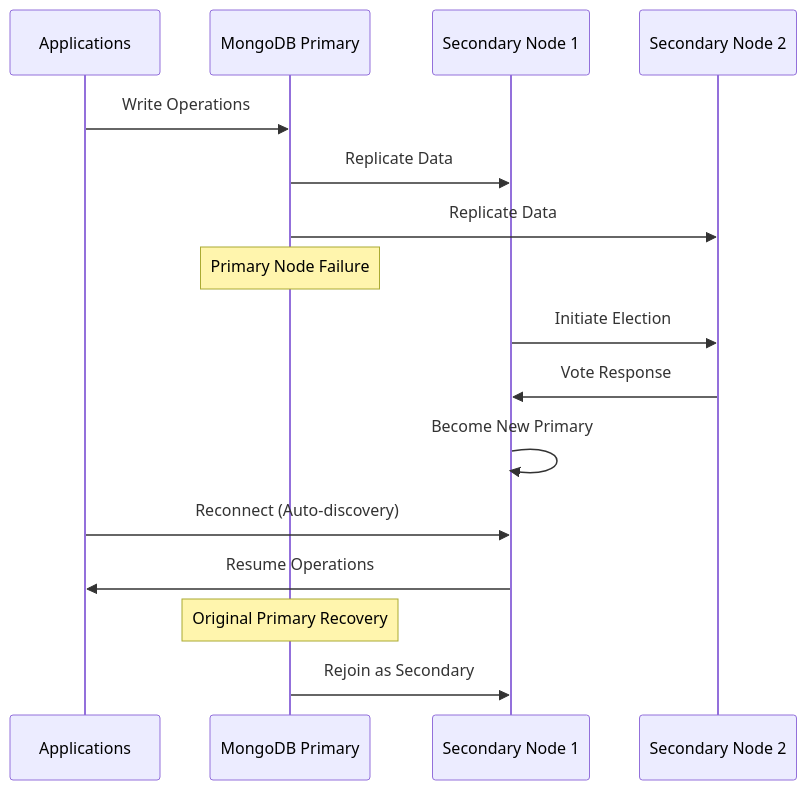
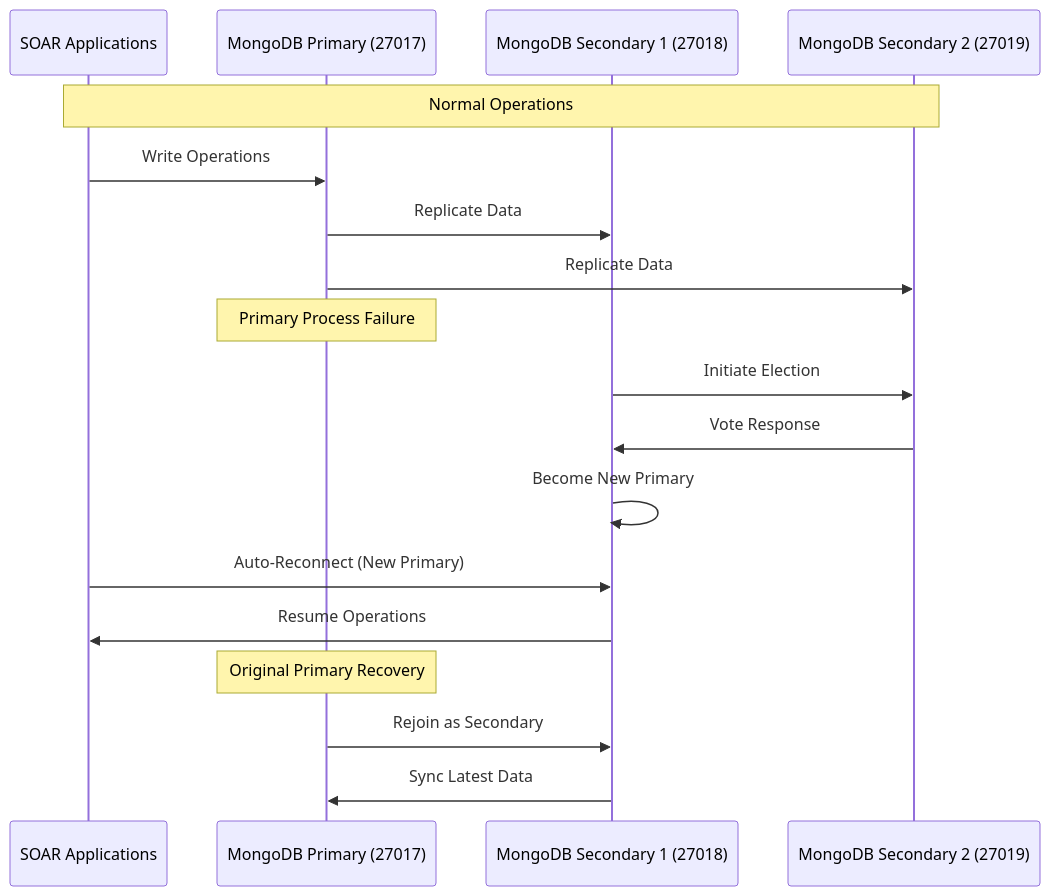
One commit to Vishwa0220/customers-docs changed the fourth of 8 diagrams in HA_DR_Architecture_Documentation.md. Above: the diagram before and after it, drawn with Mermaid. The commit also changed other lines of this file, not shown here.

````diff
--- a/HA_DR_Architecture_Documentation.md
+++ b/HA_DR_Architecture_Documentation.md
@@ -407,23 +308,25 @@
 ```mermaid
 sequenceDiagram
-    participant App as Applications
-    participant Primary as MongoDB Primary
-    participant Secondary1 as Secondary Node 1
-    participant Secondary2 as Secondary Node 2
+    participant App as SOAR Applications
+    participant Primary as MongoDB Primary (27017)
+    participant Secondary1 as MongoDB Secondary 1 (27018)
+    participant Secondary2 as MongoDB Secondary 2 (27019)
     
+    Note over App,Secondary2: Normal Operations
     App->>Primary: Write Operations
     Primary->>Secondary1: Replicate Data
     Primary->>Secondary2: Replicate Data
     
-    Note over Primary: Primary Node Failure
+    Note over Primary: Primary Process Failure
     
     Secondary1->>Secondary2: Initiate Election
     Secondary2->>Secondary1: Vote Response
     Secondary1->>Secondary1: Become New Primary
     
-    App->>Secondary1: Reconnect (Auto-discovery)
+    App->>Secondary1: Auto-Reconnect (New Primary)
     Secondary1->>App: Resume Operations
     
     Note over Primary: Original Primary Recovery
     Primary->>Secondary1: Rejoin as Secondary
+    Secondary1->>Primary: Sync Latest Data
 ```
````
